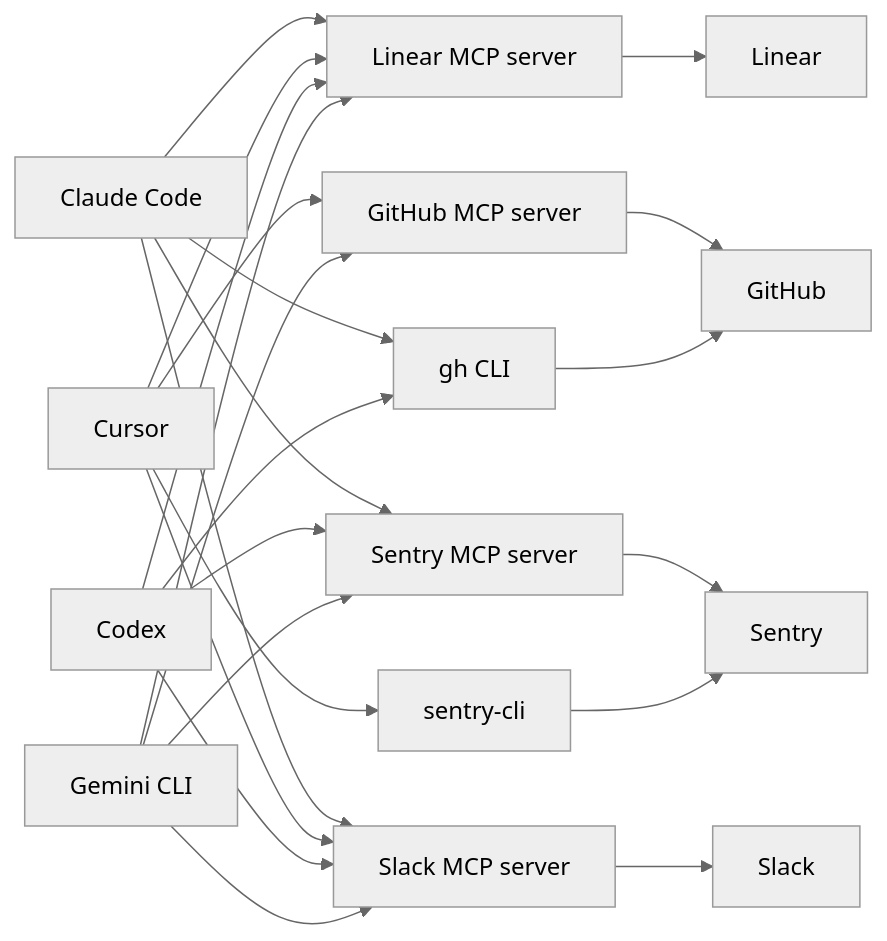
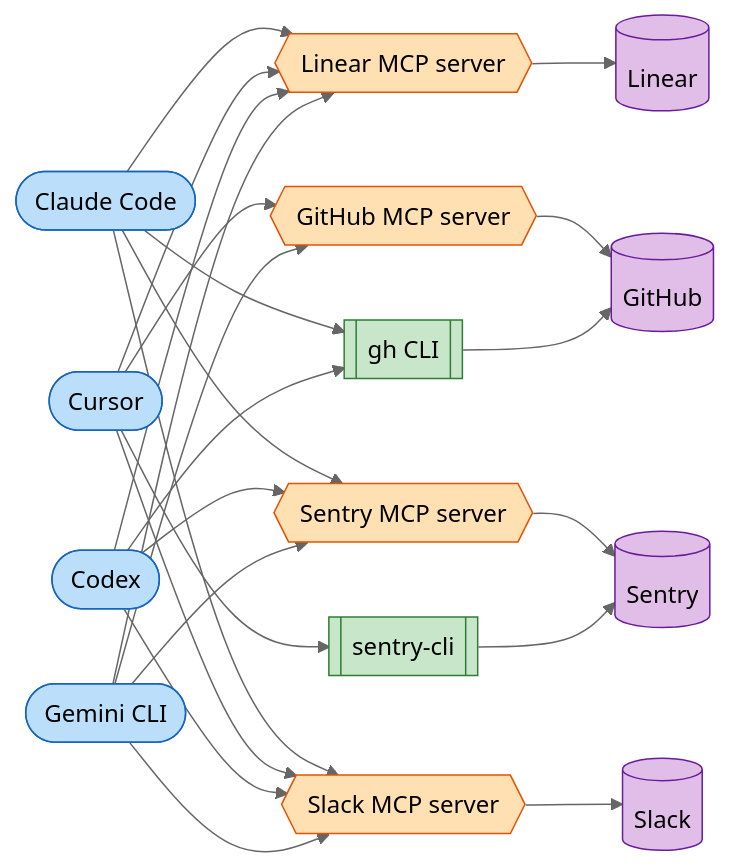
The first of 2 diagrams in README.md (alephic-ai/foac), drawn with Mermaid (neutral theme) before and after one commit. The commit also changed other lines of this file, not shown here.

Commit message:
docs: color the README diagrams by node kind (#74)
* docs: color the README diagrams by node kind

* docs: shape the README diagram nodes by kind

````diff
--- a/README.md
+++ b/README.md
@@ -19,13 +19,21 @@
 ```mermaid
 graph LR
-    CC[Claude Code] --> LMCP & GHCLI & SMCP & SLMCP
-    CU[Cursor] --> LMCP & GHMCP & SCLI & SLMCP
-    CX[Codex] --> LMCP & GHCLI & SMCP & SLMCP
-    GEM[Gemini CLI] --> LMCP & GHMCP & SMCP & SLMCP
-    LMCP[Linear MCP server] --> Linear
-    GHMCP[GitHub MCP server] --> GitHub
-    GHCLI[gh CLI] --> GitHub
-    SMCP[Sentry MCP server] --> Sentry
-    SCLI[sentry-cli] --> Sentry
-    SLMCP[Slack MCP server] --> Slack
+    CC([Claude Code]) --> LMCP & GHCLI & SMCP & SLMCP
+    CU([Cursor]) --> LMCP & GHMCP & SCLI & SLMCP
+    CX([Codex]) --> LMCP & GHCLI & SMCP & SLMCP
+    GEM([Gemini CLI]) --> LMCP & GHMCP & SMCP & SLMCP
+    LMCP{{Linear MCP server}} --> Linear[(Linear)]
+    GHMCP{{GitHub MCP server}} --> GitHub[(GitHub)]
+    GHCLI[[gh CLI]] --> GitHub
+    SMCP{{Sentry MCP server}} --> Sentry[(Sentry)]
+    SCLI[[sentry-cli]] --> Sentry
+    SLMCP{{Slack MCP server}} --> Slack[(Slack)]
+    classDef harness fill:#bbdefb,stroke:#1565c0,color:#000
+    classDef mcp fill:#ffe0b2,stroke:#e65100,color:#000
+    classDef cli fill:#c8e6c9,stroke:#2e7d32,color:#000
+    classDef provider fill:#e1bee7,stroke:#6a1b9a,color:#000
+    class CC,CU,CX,GEM harness
+    class LMCP,GHMCP,SMCP,SLMCP mcp
+    class GHCLI,SCLI cli
+    class Linear,GitHub,Sentry,Slack provider
 ```
````
